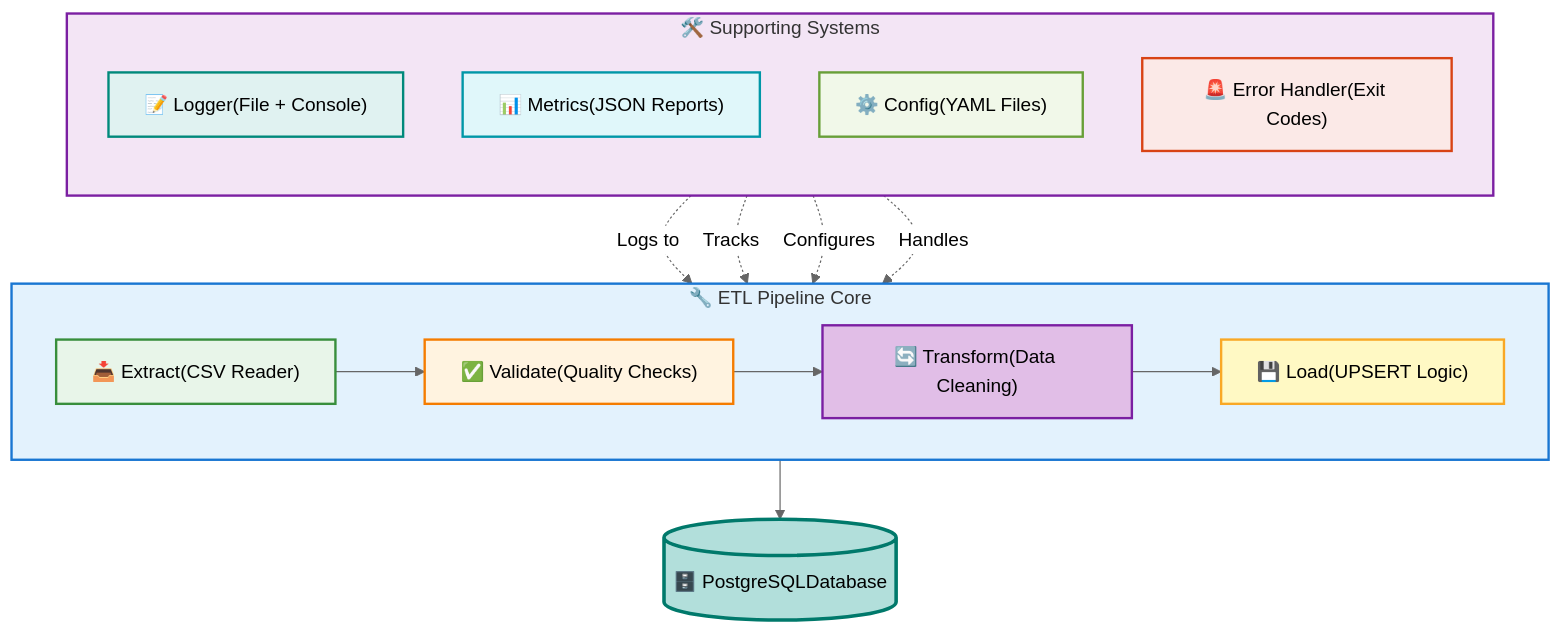
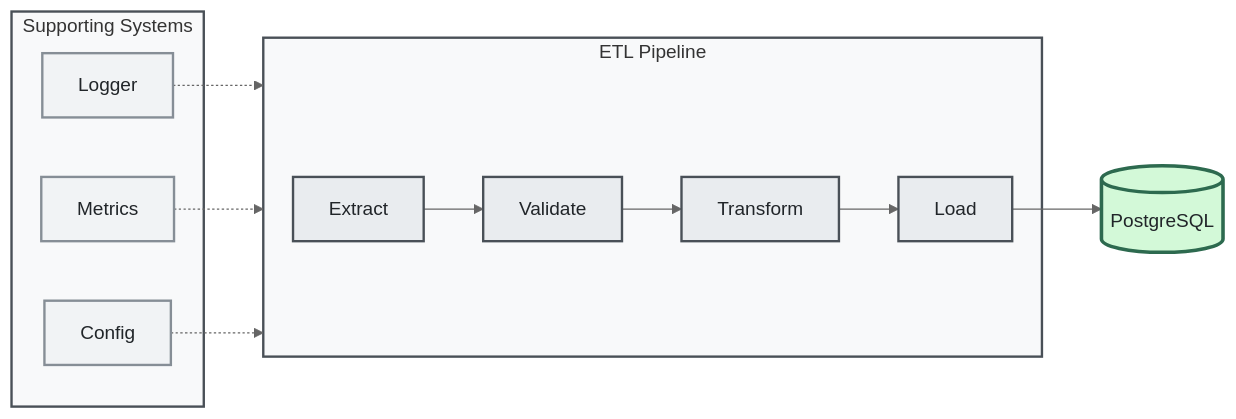
One commit to cosmincaba/csv-to-db-etl changed the second of 2 diagrams in README.md. Above: the diagram before and after it, drawn with Mermaid (neutral theme). The commit also changed other lines of this file, not shown here.

Commit message:
docs: simplify diagrams

````diff
--- a/README.md
+++ b/README.md
@@ -66,38 +66,31 @@
 ```mermaid
-graph TB
-    subgraph ETL["🔧 ETL Pipeline Core"]
-        direction LR
-        A["📥 Extract(CSV Reader)"]
-        B["✅ Validate(Quality Checks)"]
-        C["🔄 Transform(Data Cleaning)"]
-        D["💾 Load(UPSERT Logic)"]
-        A --> B --> C --> D
+graph LR
+    subgraph Pipeline["ETL Pipeline"]
+        A[Extract] --> B[Validate]
+        B --> C[Transform]
+        C --> D[Load]
     end
     
-    subgraph Support["🛠️ Supporting Systems"]
-        direction TB
-        E["📝 Logger(File + Console)"]
-        F["📊 Metrics(JSON Reports)"]
-        G["⚙️ Config(YAML Files)"]
-        H["🚨 Error Handler(Exit Codes)"]
+    subgraph Support["Supporting Systems"]
+        E[Logger]
+        F[Metrics]
+        G[Config]
     end
     
-    D --> I[("🗄️ PostgreSQLDatabase")]
+    D --> H[(PostgreSQL)]
     
-    E -.->|"Logs to"| ETL
-    F -.->|"Tracks"| ETL
-    G -.->|"Configures"| ETL
-    H -.->|"Handles"| ETL
+    E -.-> Pipeline
+    F -.-> Pipeline
+    G -.-> Pipeline
     
-    style ETL fill:#E3F2FD,stroke:#1976D2,stroke-width:2px
-    style Support fill:#F3E5F5,stroke:#7B1FA2,stroke-width:2px
-    style A fill:#E8F5E9,stroke:#388E3C,stroke-width:2px,color:#000
-    style B fill:#FFF3E0,stroke:#F57C00,stroke-width:2px,color:#000
-    style C fill:#E1BEE7,stroke:#7B1FA2,stroke-width:2px,color:#000
-    style D fill:#FFF9C4,stroke:#F9A825,stroke-width:2px,color:#000
-    style E fill:#E0F2F1,stroke:#00897B,stroke-width:2px,color:#000
-    style F fill:#E0F7FA,stroke:#0097A7,stroke-width:2px,color:#000
-    style G fill:#F1F8E9,stroke:#689F38,stroke-width:2px,color:#000
-    style H fill:#FBE9E7,stroke:#D84315,stroke-width:2px,color:#000
-    style I fill:#B2DFDB,stroke:#00796B,stroke-width:3px,color:#000
+    style Pipeline fill:#f8f9fa,stroke:#495057,stroke-width:2px
+    style Support fill:#f8f9fa,stroke:#495057,stroke-width:2px
+    style A fill:#e9ecef,stroke:#495057,stroke-width:2px,color:#212529
+    style B fill:#e9ecef,stroke:#495057,stroke-width:2px,color:#212529
+    style C fill:#e9ecef,stroke:#495057,stroke-width:2px,color:#212529
+    style D fill:#e9ecef,stroke:#495057,stroke-width:2px,color:#212529
+    style E fill:#f1f3f5,stroke:#868e96,stroke-width:2px,color:#212529
+    style F fill:#f1f3f5,stroke:#868e96,stroke-width:2px,color:#212529
+    style G fill:#f1f3f5,stroke:#868e96,stroke-width:2px,color:#212529
+    style H fill:#d3f9d8,stroke:#2d6a4f,stroke-width:3px,color:#212529
 ```
````
